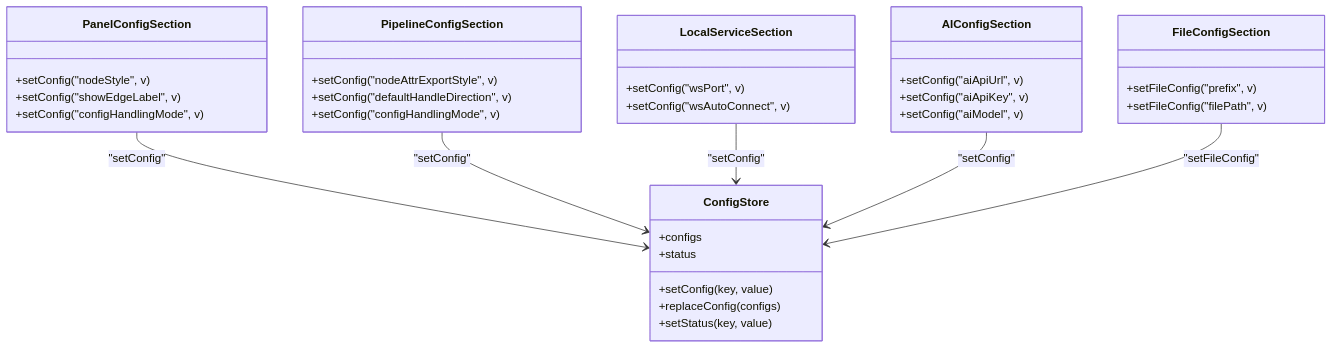
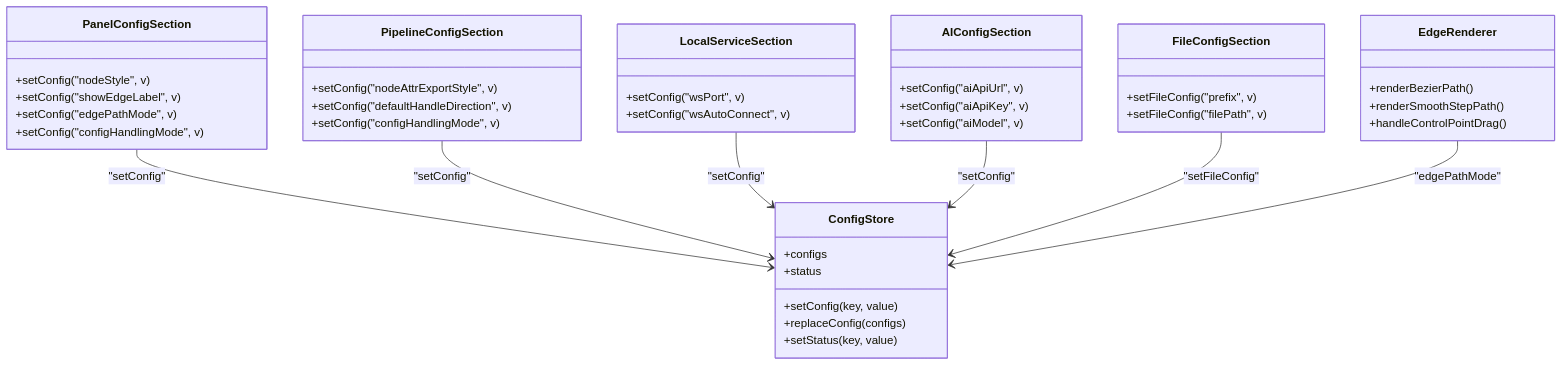
One commit to kqcoxn/MaaPipelineEditor changed the fourth of 4 diagrams in .qoder/repowiki/zh/content/用户界面/面板系统/配置面板/配置面板.md. Above: the diagram before and after it, drawn with Mermaid. The commit also changed other lines of this file and 3 other files, not shown here.

````diff
--- a/.qoder/repowiki/zh/content/用户界面/面板系统/配置面板/配置面板.md
+++ b/.qoder/repowiki/zh/content/用户界面/面板系统/配置面板/配置面板.md
@@ -269,38 +301,45 @@
 ```mermaid
 classDiagram
 class ConfigStore {
 +configs
 +setConfig(key, value)
 +replaceConfig(configs)
 +status
 +setStatus(key, value)
 }
 class PanelConfigSection {
 +setConfig("nodeStyle", v)
 +setConfig("showEdgeLabel", v)
++setConfig("edgePathMode", v)
 +setConfig("configHandlingMode", v)
 }
 class PipelineConfigSection {
 +setConfig("nodeAttrExportStyle", v)
 +setConfig("defaultHandleDirection", v)
 +setConfig("configHandlingMode", v)
 }
 class LocalServiceSection {
 +setConfig("wsPort", v)
 +setConfig("wsAutoConnect", v)
 }
 class AIConfigSection {
 +setConfig("aiApiUrl", v)
 +setConfig("aiApiKey", v)
 +setConfig("aiModel", v)
 }
 class FileConfigSection {
 +setFileConfig("prefix", v)
 +setFileConfig("filePath", v)
 }
+class EdgeRenderer {
++renderBezierPath()
++renderSmoothStepPath()
++handleControlPointDrag()
+}
 PanelConfigSection --> ConfigStore : "setConfig"
 PipelineConfigSection --> ConfigStore : "setConfig"
 LocalServiceSection --> ConfigStore : "setConfig"
 AIConfigSection --> ConfigStore : "setConfig"
 FileConfigSection --> ConfigStore : "setFileConfig"
+EdgeRenderer --> ConfigStore : "edgePathMode"
 ```
````
